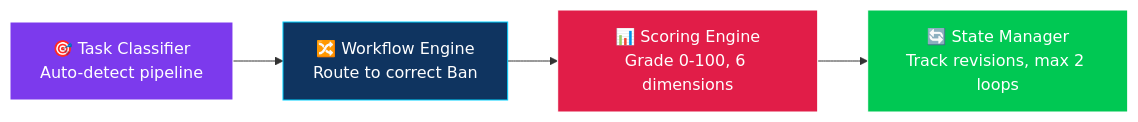
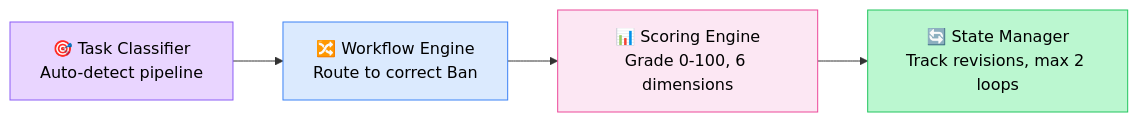
One commit to xaotiensinh-abm/viet-chuyen-nghiep changed the fifth of 7 diagrams in README.md. Above: the diagram before and after it, drawn with Mermaid. The commit also changed other lines of this file, not shown here.

Commit message:
🎨 Fix Mermaid colors — light palette for GitHub dark/light theme compatibility

````diff
--- a/README.md
+++ b/README.md
@@ -322,11 +324,11 @@
 ```mermaid
 graph LR
-    TC["🎯 Task Classifier\nAuto-detect pipeline"] --> WE["🔀 Workflow Engine\nRoute to correct Ban"]
-    WE --> SE["📊 Scoring Engine\nGrade 0-100, 6 dimensions"]
-    SE --> SM["🔄 State Manager\nTrack revisions, max 2 loops"]
+    TC["🎯 Task Classifier<br/>Auto-detect pipeline"] --> WE["🔀 Workflow Engine<br/>Route to correct Ban"]
+    WE --> SE["📊 Scoring Engine<br/>Grade 0-100, 6 dimensions"]
+    SE --> SM["🔄 State Manager<br/>Track revisions, max 2 loops"]
 
-    style TC fill:#7C3AED,stroke:#fff,color:#fff
-    style WE fill:#0f3460,stroke:#00d2ff,color:#fff
-    style SE fill:#E11D48,stroke:#fff,color:#fff
-    style SM fill:#00C853,stroke:#fff,color:#fff
+    style TC fill:#e9d5ff,stroke:#8b5cf6,color:#000
+    style WE fill:#dbeafe,stroke:#3b82f6,color:#000
+    style SE fill:#fce7f3,stroke:#ec4899,color:#000
+    style SM fill:#bbf7d0,stroke:#22c55e,color:#000
 ```
````
